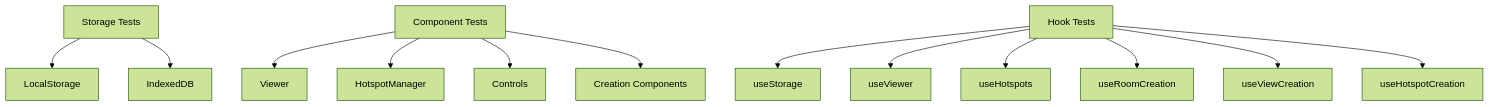
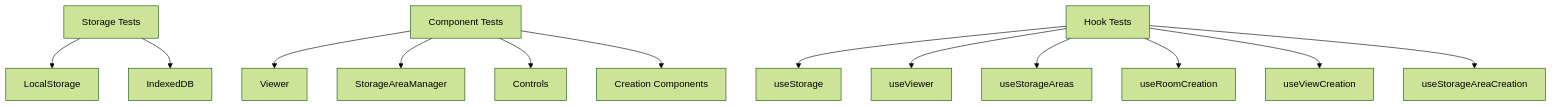
Before and after one commit to straiforos/kitchen-360: diagram 13 of 14 in docs/phases/PHASE_1_LOCAL_STORAGE.md, drawn with Mermaid (forest theme). The commit also changed other lines of this file, not shown here.

First line of the commit message:
Refactor documentation and code structure for Storage Area management

````diff
--- a/docs/phases/PHASE_1_LOCAL_STORAGE.md
+++ b/docs/phases/PHASE_1_LOCAL_STORAGE.md
@@ -364,17 +391,17 @@
 ```mermaid
 graph TD
     A[Storage Tests] --> B[LocalStorage]
     A --> C[IndexedDB]
     
     D[Component Tests] --> E[Viewer]
-    D --> F[HotspotManager]
+    D --> F[StorageAreaManager]
     D --> G[Controls]
     D --> H[Creation Components]
     
     I[Hook Tests] --> J[useStorage]
     I --> K[useViewer]
-    I --> L[useHotspots]
+    I --> L[useStorageAreas]
     I --> M[useRoomCreation]
     I --> N[useViewCreation]
-    I --> O[useHotspotCreation]
+    I --> O[useStorageAreaCreation]
 ```
````
